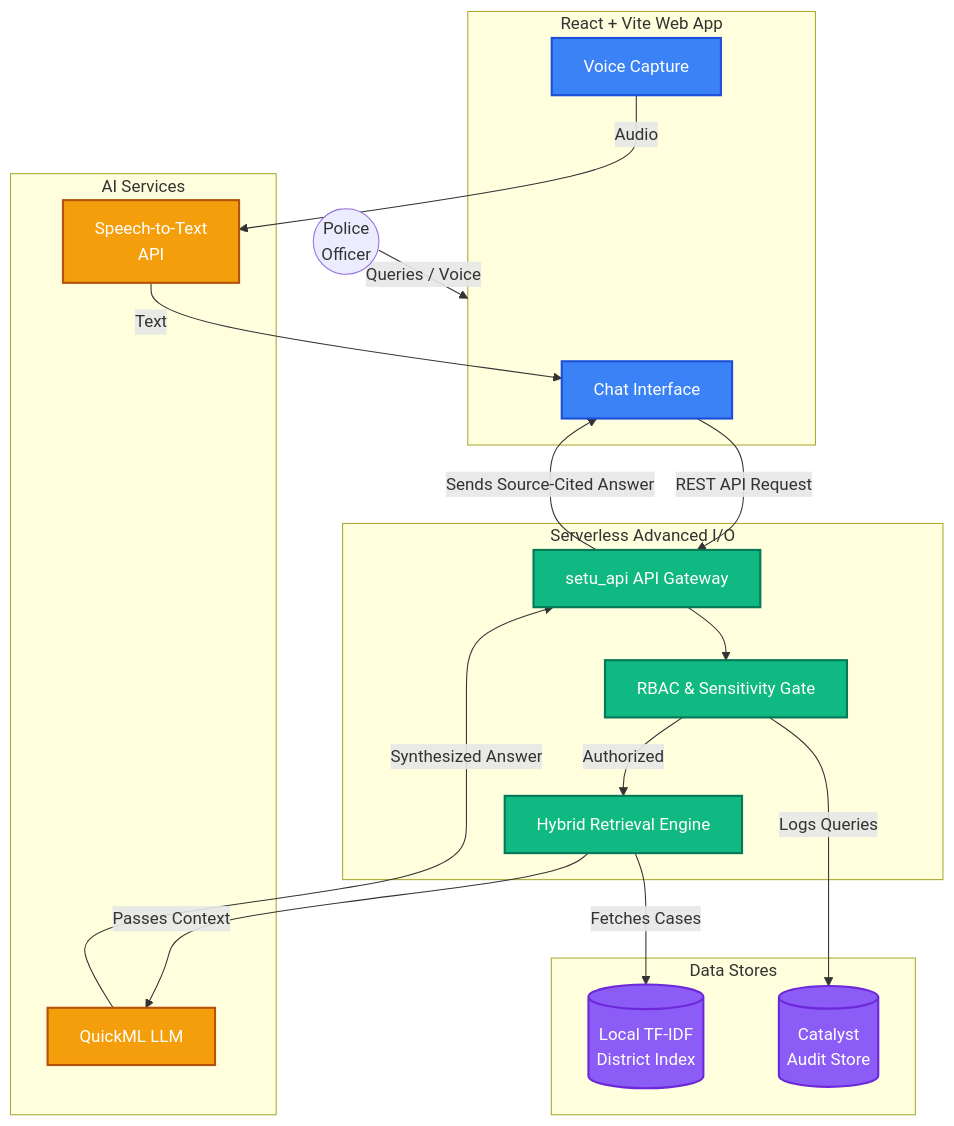
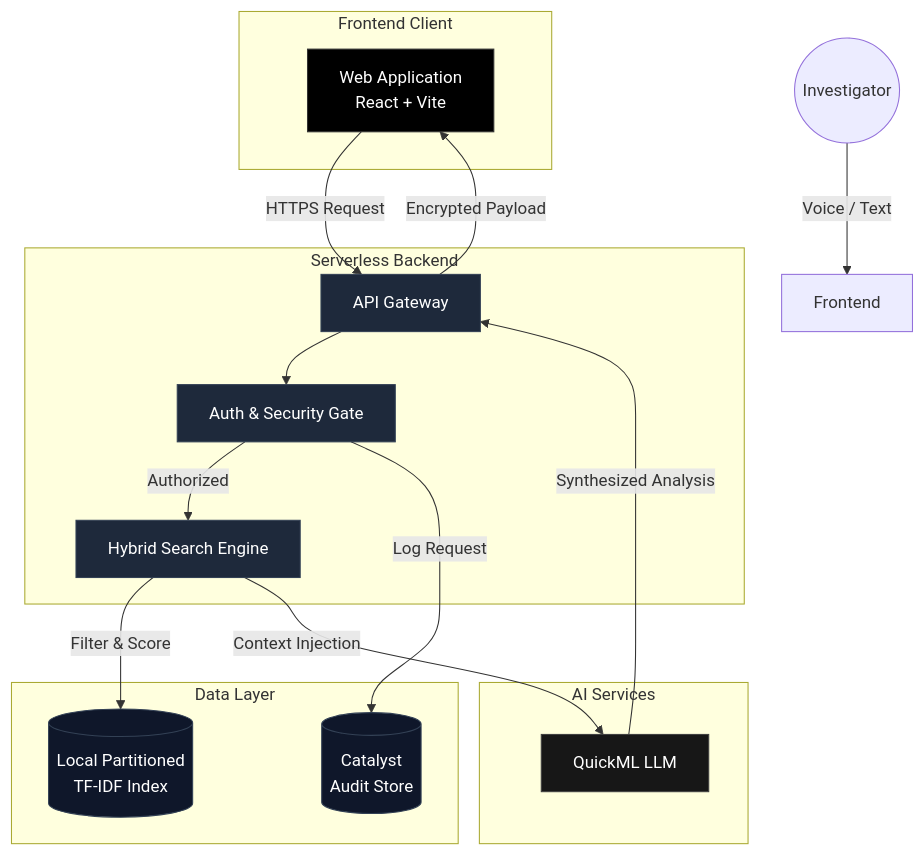
Before and after one commit to Monolithic-Dev/Setu: the first of 2 diagrams in README.md, drawn with Mermaid. The commit also changed other lines of this file and 2 other files, not shown here.

Commit message:
docs: overhaul README with premium badges, sleek design, and latest application screenshots

````diff
--- a/README.md
+++ b/README.md
@@ -20,46 +44,41 @@
 ```mermaid
 graph TD
-    %% Styling
-    classDef client fill:#3b82f6,stroke:#1d4ed8,stroke-width:2px,color:#fff
-    classDef serverless fill:#10b981,stroke:#047857,stroke-width:2px,color:#fff
-    classDef data fill:#8b5cf6,stroke:#6d28d9,stroke-width:2px,color:#fff
-    classDef external fill:#f59e0b,stroke:#b45309,stroke-width:2px,color:#fff
+    classDef client fill:#000000,stroke:#333333,stroke-width:1px,color:#ffffff
+    classDef serverless fill:#1e293b,stroke:#334155,stroke-width:1px,color:#ffffff
+    classDef data fill:#0f172a,stroke:#334155,stroke-width:1px,color:#ffffff
+    classDef external fill:#171717,stroke:#404040,stroke-width:1px,color:#ffffff
 
-    User((Police<br>Officer))
+    User((Investigator))
     
-    subgraph Frontend [React + Vite Web App]
-        Chat[Chat Interface]:::client
-        Voice[Voice Capture]:::client
+    subgraph Frontend Client
+        Chat[Web Application<br/>React + Vite]:::client
     end
     
-    subgraph Catalyst Backend [Serverless Advanced I/O]
-        API[setu_api API Gateway]:::serverless
-        RBAC[RBAC & Sensitivity Gate]:::serverless
-        RAG[Hybrid Retrieval Engine]:::serverless
+    subgraph Serverless Backend
+        API[API Gateway]:::serverless
+        RBAC[Auth & Security Gate]:::serverless
+        RAG[Hybrid Search Engine]:::serverless
     end
     
-    subgraph Data Stores
-        Index[(Local TF-IDF<br>District Index)]:::data
+    subgraph Data Layer
+        Index[(Local Partitioned<br>TF-IDF Index)]:::data
         Audit[(Catalyst<br>Audit Store)]:::data
     end
     
     subgraph AI Services
         LLM[QuickML LLM]:::external
-        Transcribe[Speech-to-Text<br>API]:::external
     end
     
-    User -->|Queries / Voice| Frontend
-    Voice -->|Audio| Transcribe
-    Transcribe -->|Text| Chat
-    Chat -->|REST API Request| API
+    User -->|Voice / Text| Frontend
+    Chat -->|HTTPS Request| API
     
     API --> RBAC
     RBAC -->|Authorized| RAG
-    RBAC -->|Logs Queries| Audit
+    RBAC -->|Log Request| Audit
     
-    RAG -->|Fetches Cases| Index
-    RAG -->|Passes Context| LLM
-    LLM -->|Synthesized Answer| API
+    RAG -->|Filter & Score| Index
+    RAG -->|Context Injection| LLM
+    LLM -->|Synthesized Analysis| API
     
-    API -->|Sends Source-Cited Answer| Chat
+    API -->|Encrypted Payload| Chat
 ```
````
